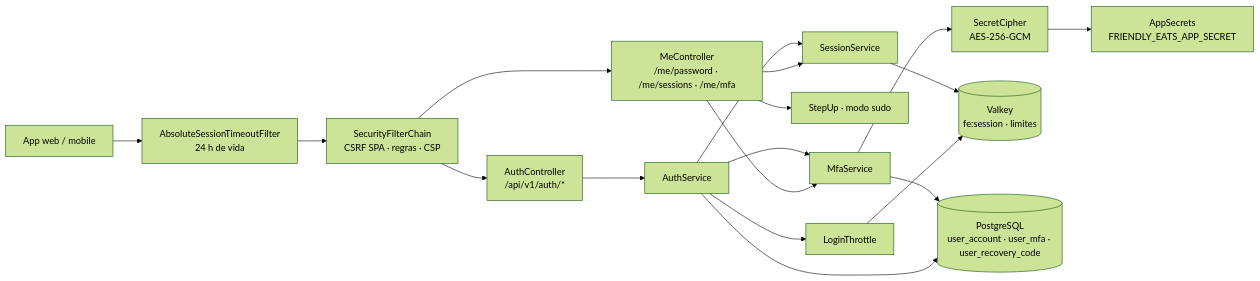
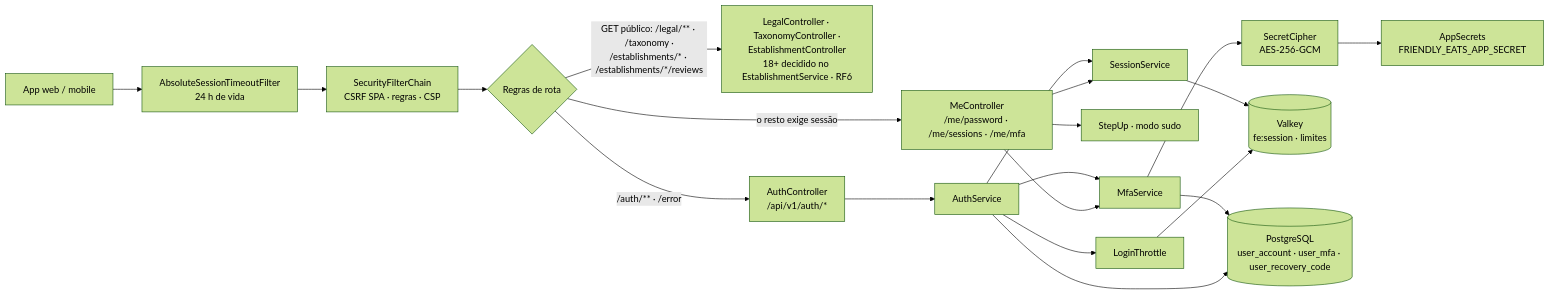
One commit to MatheusHaliski/Friendly-Eats changed the diagram in docs/RF4/componentes.md. Above: the diagram before and after it, drawn with Mermaid (forest theme). The commit also changed 79 other files, not shown here.

````diff
--- a/docs/RF4/componentes.md
+++ b/docs/RF4/componentes.md
@@ -3,18 +3,20 @@
 ```mermaid
 flowchart LR
     APP["App web / mobile"] --> F1["AbsoluteSessionTimeoutFilter<br/>24 h de vida"]
     F1 --> SEC["SecurityFilterChain<br/>CSRF SPA · regras · CSP"]
-    SEC --> AC["AuthController<br/>/api/v1/auth/*"]
-    SEC --> MC["MeController<br/>/me/password · /me/sessions · /me/mfa"]
+    SEC --> RULES{"Regras de rota"}
+    RULES -- "GET público: /legal/** · /taxonomy ·<br/>/establishments/* · /establishments/*/reviews" --> PUB["LegalController · TaxonomyController ·<br/>EstablishmentController<br/>18+ decidido no EstablishmentService · RF6"]
+    RULES -- "/auth/** · /error" --> AC["AuthController<br/>/api/v1/auth/*"]
+    RULES -- "o resto exige sessão" --> MC["MeController<br/>/me/password · /me/sessions · /me/mfa"]
     AC --> AS["AuthService"]
     MC --> MS["MfaService"]
     MC --> SU["StepUp · modo sudo"]
     MC --> SS["SessionService"]
     AS --> LT["LoginThrottle"]
     AS --> MS
     AS --> SS
     MS --> SC["SecretCipher<br/>AES-256-GCM"]
     SC --> AK["AppSecrets<br/>FRIENDLY_EATS_APP_SECRET"]
     LT & SS --> VK[("Valkey<br/>fe:session · limites")]
     AS & MS --> PG[("PostgreSQL<br/>user_account · user_mfa · user_recovery_code")]
 ```
````
